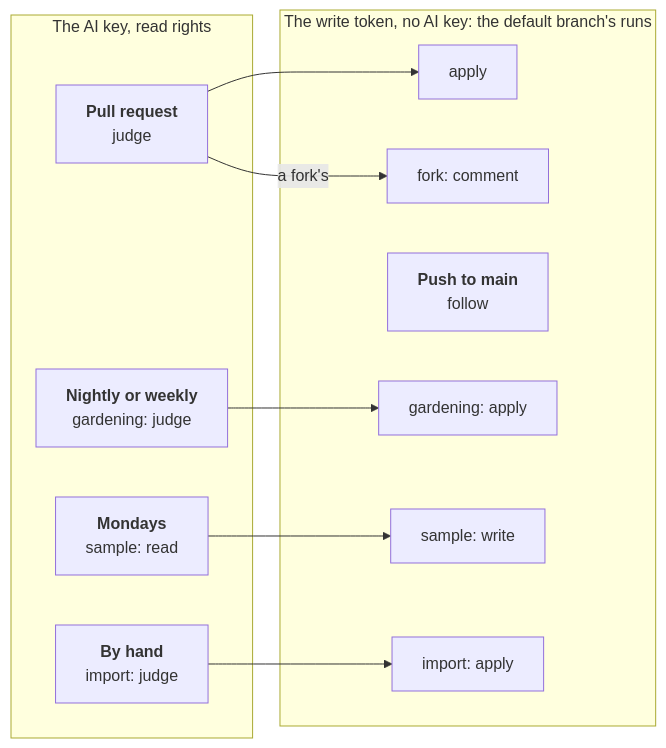
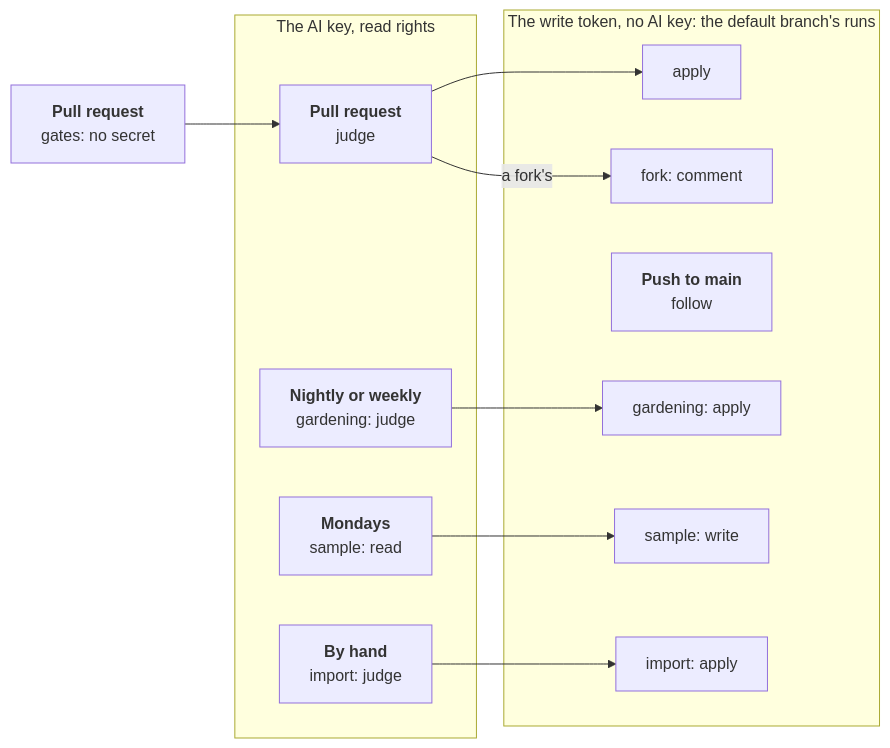
One commit to JN0V/workline changed the diagram in docs/ci-github.md. Above: the diagram before and after it, drawn with Mermaid. The commit also changed other lines of this file and 54 other files, not shown here.

````diff
--- a/docs/ci-github.md
+++ b/docs/ci-github.md
@@ -10,23 +10,25 @@
 ```mermaid
 %%{init: {"flowchart": {"wrappingWidth": 400}}}%%
 flowchart LR
+  gates["<b>Pull request</b><br/>gates: no secret"]
   subgraph reads["The AI key, read rights"]
     judge["<b>Pull request</b><br/>judge"]
     garden["<b>Nightly or weekly</b><br/>gardening: judge"]
     sample["<b>Mondays</b><br/>sample: read"]
     import["<b>By hand</b><br/>import: judge"]
   end
   subgraph writes["The write token, no AI key: the default branch's runs"]
     apply["apply"]
     fork["fork: comment"]
     follow["<b>Push to main</b><br/>follow"]
     gapply["gardening: apply"]
     swrite["sample: write"]
     iapply["import: apply"]
   end
+  gates --> judge
   judge --> apply
   judge -- "a fork's" --> fork
   garden --> gapply
   sample --> swrite
   import --> iapply
 ```
````
